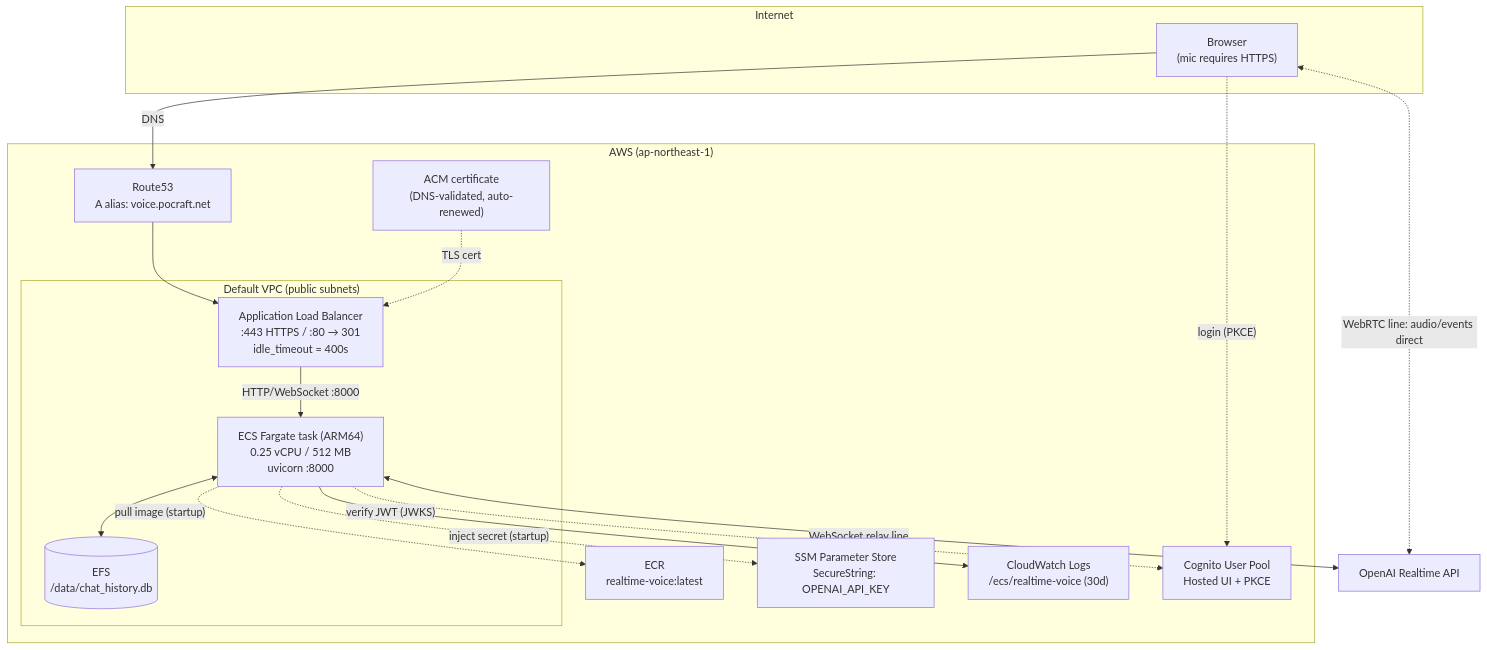
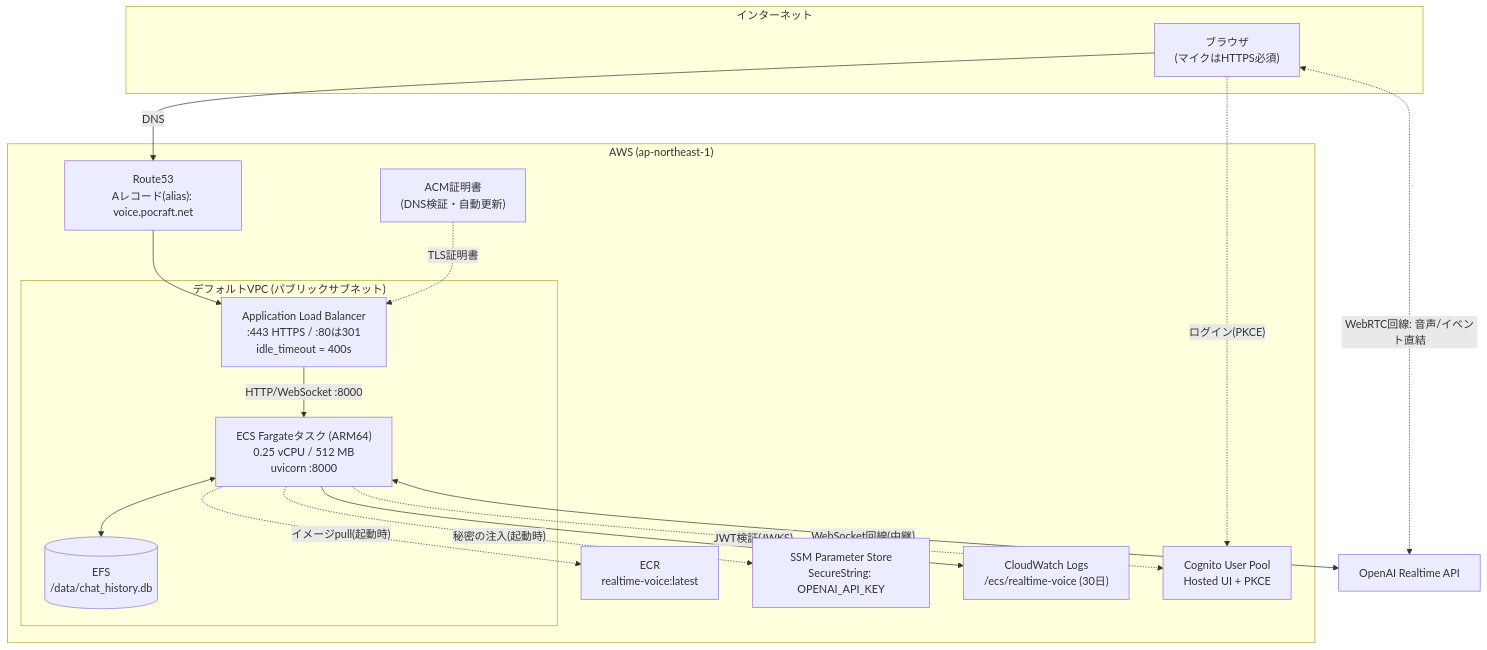
One commit to yoshiharu-ishii/realtime_voice changed the first of 2 diagrams in docs/aws_architecture.md. Above: the diagram before and after it, drawn with Mermaid. The commit also changed other lines of this file and 1 other file, not shown here.

Commit message:
docs: aws_architecture.md / deployment.md を日本語化

````diff
--- a/docs/aws_architecture.md
+++ b/docs/aws_architecture.md
@@ -12,36 +9,36 @@
 ```mermaid
 flowchart TB
-    subgraph Internet
-        U["Browser<br/>(mic requires HTTPS)"]
+    subgraph Internet["インターネット"]
+        U["ブラウザ<br/>(マイクはHTTPS必須)"]
     end
 
     subgraph AWS["AWS (ap-northeast-1)"]
-        R53["Route53<br/>A alias: voice.pocraft.net"]
-        ACM["ACM certificate<br/>(DNS-validated, auto-renewed)"]
+        R53["Route53<br/>Aレコード(alias): voice.pocraft.net"]
+        ACM["ACM証明書<br/>(DNS検証・自動更新)"]
 
-        subgraph VPC["Default VPC (public subnets)"]
-            ALB["Application Load Balancer<br/>:443 HTTPS / :80 → 301<br/>idle_timeout = 400s"]
-            TASK["ECS Fargate task (ARM64)<br/>0.25 vCPU / 512 MB<br/>uvicorn :8000"]
+        subgraph VPC["デフォルトVPC (パブリックサブネット)"]
+            ALB["Application Load Balancer<br/>:443 HTTPS / :80は301<br/>idle_timeout = 400s"]
+            TASK["ECS Fargateタスク (ARM64)<br/>0.25 vCPU / 512 MB<br/>uvicorn :8000"]
             EFS[("EFS<br/>/data/chat_history.db")]
         end
 
         ECR["ECR<br/>realtime-voice:latest"]
         SSM["SSM Parameter Store<br/>SecureString: OPENAI_API_KEY"]
-        CW["CloudWatch Logs<br/>/ecs/realtime-voice (30d)"]
+        CW["CloudWatch Logs<br/>/ecs/realtime-voice (30日)"]
         COG["Cognito User Pool<br/>Hosted UI + PKCE"]
     end
 
     OAI["OpenAI Realtime API"]
 
     U -->|"DNS"| R53 --> ALB
-    ACM -.->|"TLS cert"| ALB
+    ACM -.->|"TLS証明書"| ALB
     ALB -->|"HTTP/WebSocket :8000"| TASK
     TASK <--> EFS
-    TASK -.->|"pull image (startup)"| ECR
-    TASK -.->|"inject secret (startup)"| SSM
+    TASK -.->|"イメージpull(起動時)"| ECR
+    TASK -.->|"秘密の注入(起動時)"| SSM
     TASK --> CW
-    TASK <-->|"WebSocket relay line"| OAI
-    U <-.->|"WebRTC line: audio/events direct"| OAI
-    U -.->|"login (PKCE)"| COG
-    TASK -.->|"verify JWT (JWKS)"| COG
+    TASK <-->|"WebSocket回線(中継)"| OAI
+    U <-.->|"WebRTC回線: 音声/イベント直結"| OAI
+    U -.->|"ログイン(PKCE)"| COG
+    TASK -.->|"JWT検証(JWKS)"| COG
 ```
````
